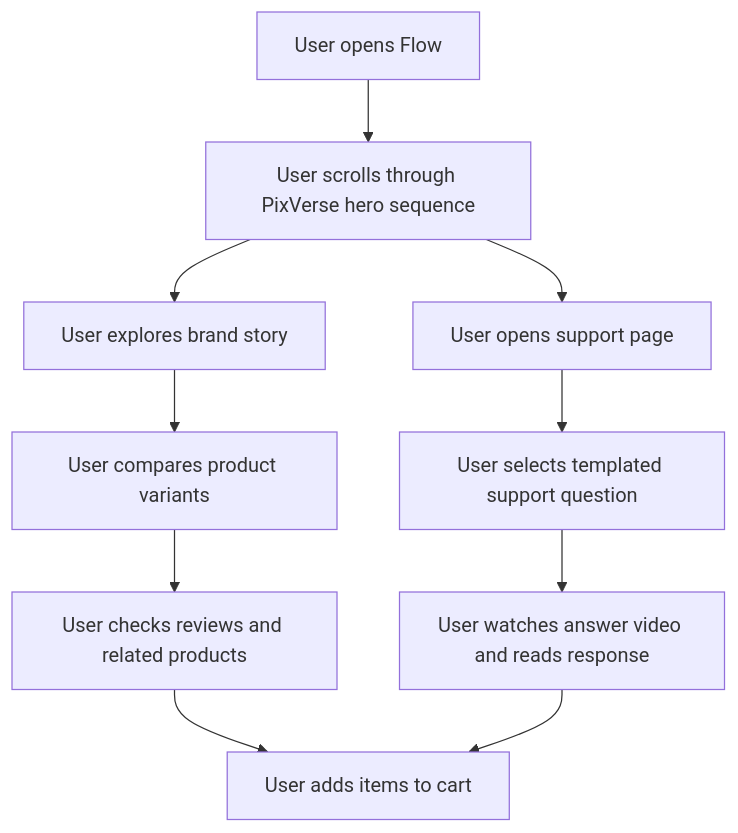
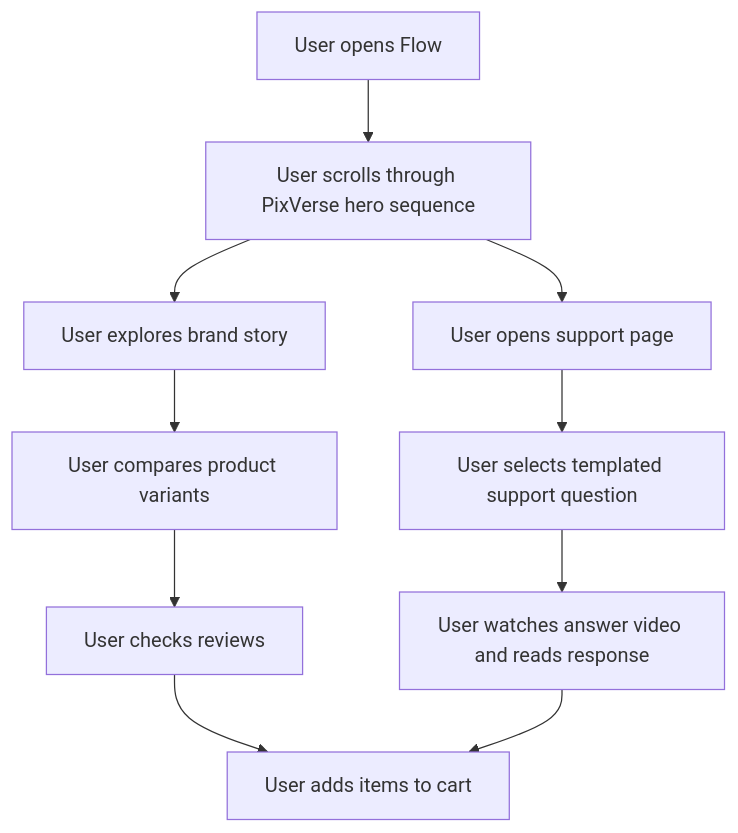
The diagram in .trae/documents/flow-prd.md (kfhanson/Flow), drawn with Mermaid before and after one commit. The commit also changed other lines of this file and 7 other files, not shown here.

````diff
--- a/.trae/documents/flow-prd.md
+++ b/.trae/documents/flow-prd.md
@@ -29,12 +28,12 @@
 ```mermaid
 flowchart TD
     A["User opens Flow"] --> B["User scrolls through PixVerse hero sequence"]
     B --> C["User explores brand story"]
     C --> D["User compares product variants"]
-    D --> E["User checks reviews and related products"]
+    D --> E["User checks reviews"]
     E --> F["User adds items to cart"]
     B --> G["User opens support page"]
     G --> H["User selects templated support question"]
     H --> I["User watches answer video and reads response"]
     I --> F
 ```
````
